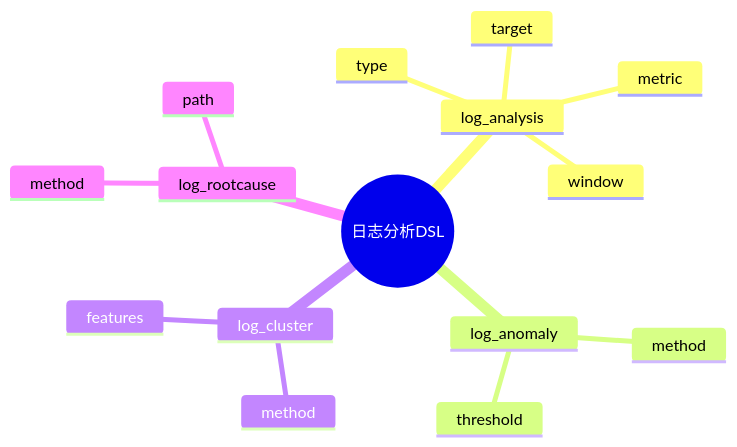
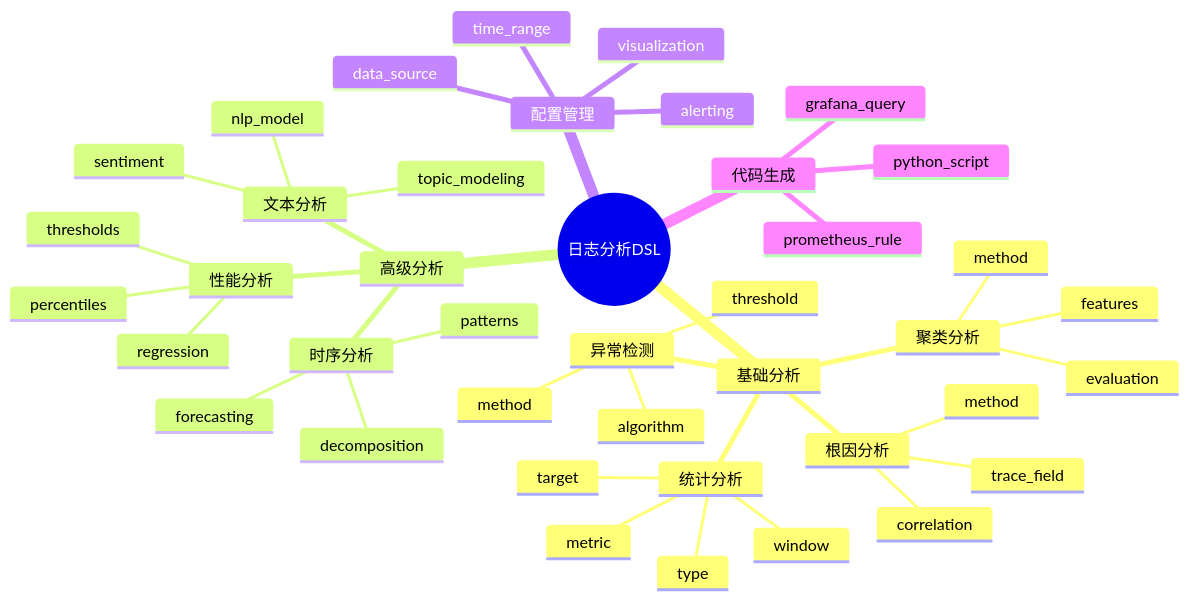
Before and after one commit to AdaMartin18010/formal-framework: the diagram in docs/formal-model/monitoring-model/logs/analysis/dsl-draft.md, drawn with Mermaid. The commit also changed other lines of this file and 1 other file, not shown here.

````diff
--- a/docs/formal-model/monitoring-model/logs/analysis/dsl-draft.md
+++ b/docs/formal-model/monitoring-model/logs/analysis/dsl-draft.md
@@ -104,18 +612,44 @@
 ```mermaid
 mindmap
   root((日志分析DSL))
-    log_analysis
-      type
-      target
-      metric
-      window
-    log_anomaly
-      method
-      threshold
-    log_cluster
-      method
-      features
-    log_rootcause
-      method
-      path
+    基础分析
+      统计分析
+        type
+        target
+        metric
+        window
+      异常检测
+        method
+        threshold
+        algorithm
+      聚类分析
+        method
+        features
+        evaluation
+      根因分析
+        method
+        trace_field
+        correlation
+    高级分析
+      时序分析
+        decomposition
+        forecasting
+        patterns
+      文本分析
+        sentiment
+        topic_modeling
+        nlp_model
+      性能分析
+        percentiles
+        thresholds
+        regression
+    配置管理
+      data_source
+      time_range
+      alerting
+      visualization
+    代码生成
+      python_script
+      grafana_query
+      prometheus_rule
 ```
````
